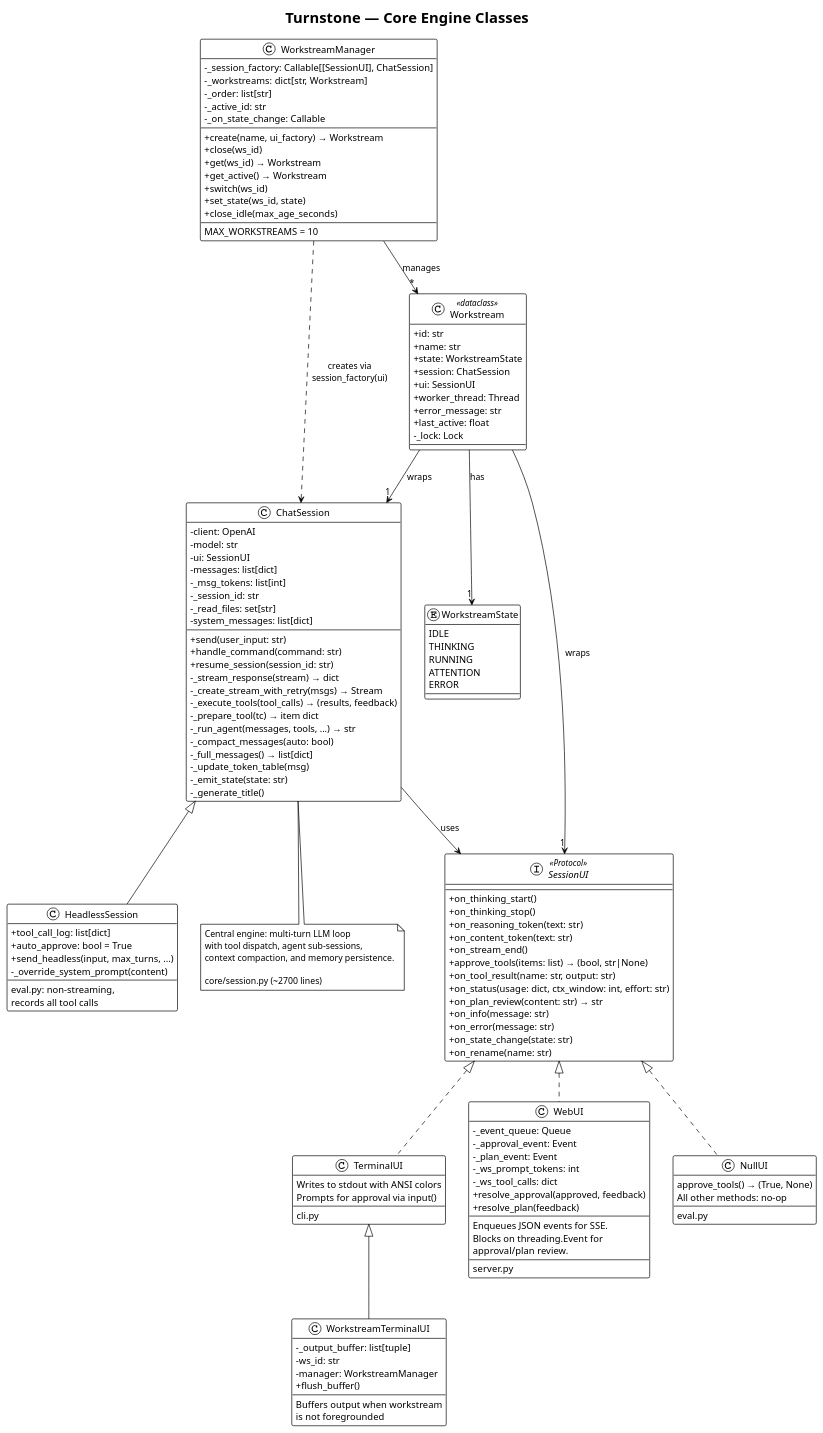
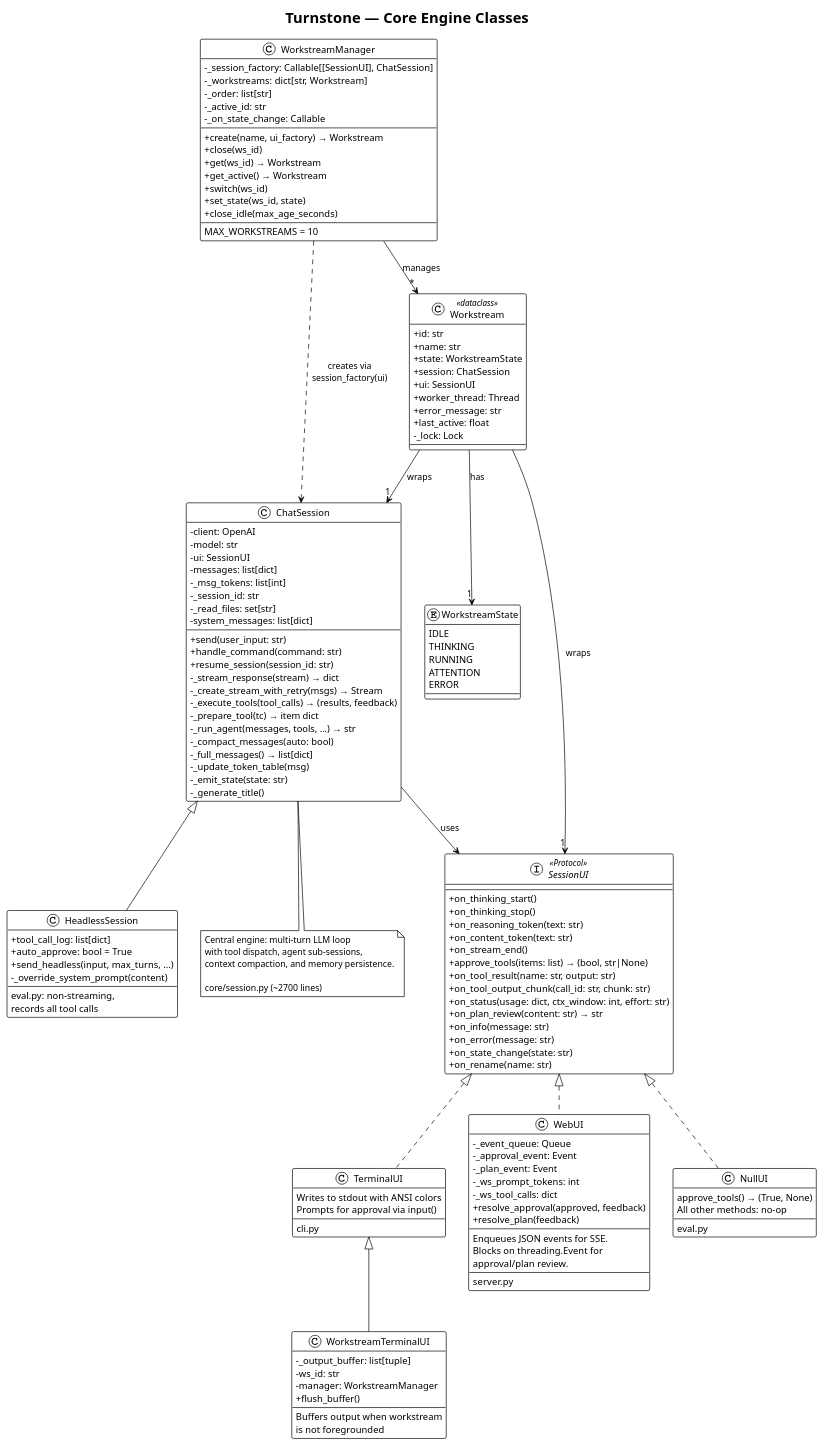
Before and after one commit to turnstonelabs/turnstone: the diagram in docs/diagrams/03-core-engine-classes.puml, drawn with PlantUML. The commit also changed 23 other files, not shown here.

First line of the commit message:
Stream bash tool output incrementally via SSE

```diff
--- a/docs/diagrams/03-core-engine-classes.puml
+++ b/docs/diagrams/03-core-engine-classes.puml
@@ -1,167 +1,168 @@
 @startuml
 !theme plain
 title Turnstone — Core Engine Classes
 
 skinparam classAttributeIconSize 0
 
 ' SessionUI Protocol
 interface "SessionUI" as SessionUI <<Protocol>> {
     + on_thinking_start()
     + on_thinking_stop()
     + on_reasoning_token(text: str)
     + on_content_token(text: str)
     + on_stream_end()
     + approve_tools(items: list) → (bool, str|None)
     + on_tool_result(name: str, output: str)
+    + on_tool_output_chunk(call_id: str, chunk: str)
     + on_status(usage: dict, ctx_window: int, effort: str)
     + on_plan_review(content: str) → str
     + on_info(message: str)
     + on_error(message: str)
     + on_state_change(state: str)
     + on_rename(name: str)
 }
 
 ' Implementations
 class "TerminalUI" as TerminalUI {
     Writes to stdout with ANSI colors
     Prompts for approval via input()
     --
     cli.py
 }
 
 class "WorkstreamTerminalUI" as WsTermUI {
     - _output_buffer: list[tuple]
     - ws_id: str
     - manager: WorkstreamManager
     + flush_buffer()
     --
     Buffers output when workstream
     is not foregrounded
 }
 
 class "WebUI" as WebUI {
     - _event_queue: Queue
     - _approval_event: Event
     - _plan_event: Event
     - _ws_prompt_tokens: int
     - _ws_tool_calls: dict
     + resolve_approval(approved, feedback)
     + resolve_plan(feedback)
     --
     Enqueues JSON events for SSE.
     Blocks on threading.Event for
     approval/plan review.
     --
     server.py
 }
 
 class "NullUI" as NullUI {
     approve_tools() → (True, None)
     All other methods: no-op
     --
     eval.py
 }
 
 ' ChatSession
 class "ChatSession" as ChatSession {
     - client: OpenAI
     - model: str
     - ui: SessionUI
     - messages: list[dict]
     - _msg_tokens: list[int]
     - _session_id: str
     - _read_files: set[str]
     - system_messages: list[dict]
     --
     + send(user_input: str)
     + handle_command(command: str)
     + resume_session(session_id: str)
     - _stream_response(stream) → dict
     - _create_stream_with_retry(msgs) → Stream
     - _execute_tools(tool_calls) → (results, feedback)
     - _prepare_tool(tc) → item dict
     - _run_agent(messages, tools, ...) → str
     - _compact_messages(auto: bool)
     - _full_messages() → list[dict]
     - _update_token_table(msg)
     - _emit_state(state: str)
     - _generate_title()
 }
 
 ' HeadlessSession
 class "HeadlessSession" as HeadlessSession {
     + tool_call_log: list[dict]
     + auto_approve: bool = True
     + send_headless(input, max_turns, ...)
     - _override_system_prompt(content)
     --
     eval.py: non-streaming,
     records all tool calls
 }
 
 ' WorkstreamManager
 class "WorkstreamManager" as WsMgr {
     - _session_factory: Callable[[SessionUI], ChatSession]
     - _workstreams: dict[str, Workstream]
     - _order: list[str]
     - _active_id: str
     - _on_state_change: Callable
     --
     + create(name, ui_factory) → Workstream
     + close(ws_id)
     + get(ws_id) → Workstream
     + get_active() → Workstream
     + switch(ws_id)
     + set_state(ws_id, state)
     + close_idle(max_age_seconds)
     --
     MAX_WORKSTREAMS = 10
 }
 
 ' Workstream
 class "Workstream" as Ws <<dataclass>> {
     + id: str
     + name: str
     + state: WorkstreamState
     + session: ChatSession
     + ui: SessionUI
     + worker_thread: Thread
     + error_message: str
     + last_active: float
     - _lock: Lock
 }
 
 ' WorkstreamState
 enum "WorkstreamState" as WsState {
     IDLE
     THINKING
     RUNNING
     ATTENTION
     ERROR
 }
 
 ' Relationships
 SessionUI <|.. TerminalUI
 TerminalUI <|-- WsTermUI
 SessionUI <|.. WebUI
 SessionUI <|.. NullUI
 
 ChatSession --> SessionUI : uses
 ChatSession <|-- HeadlessSession
 
 WsMgr --> "*" Ws : manages
 Ws --> "1" ChatSession : wraps
 Ws --> "1" SessionUI : wraps
 Ws --> "1" WsState : has
 
 WsMgr ..> ChatSession : creates via\nsession_factory(ui)
 
 note bottom of ChatSession
   Central engine: multi-turn LLM loop
   with tool dispatch, agent sub-sessions,
   context compaction, and memory persistence.
 
   core/session.py (~2700 lines)
 end note
 
 @enduml
```
